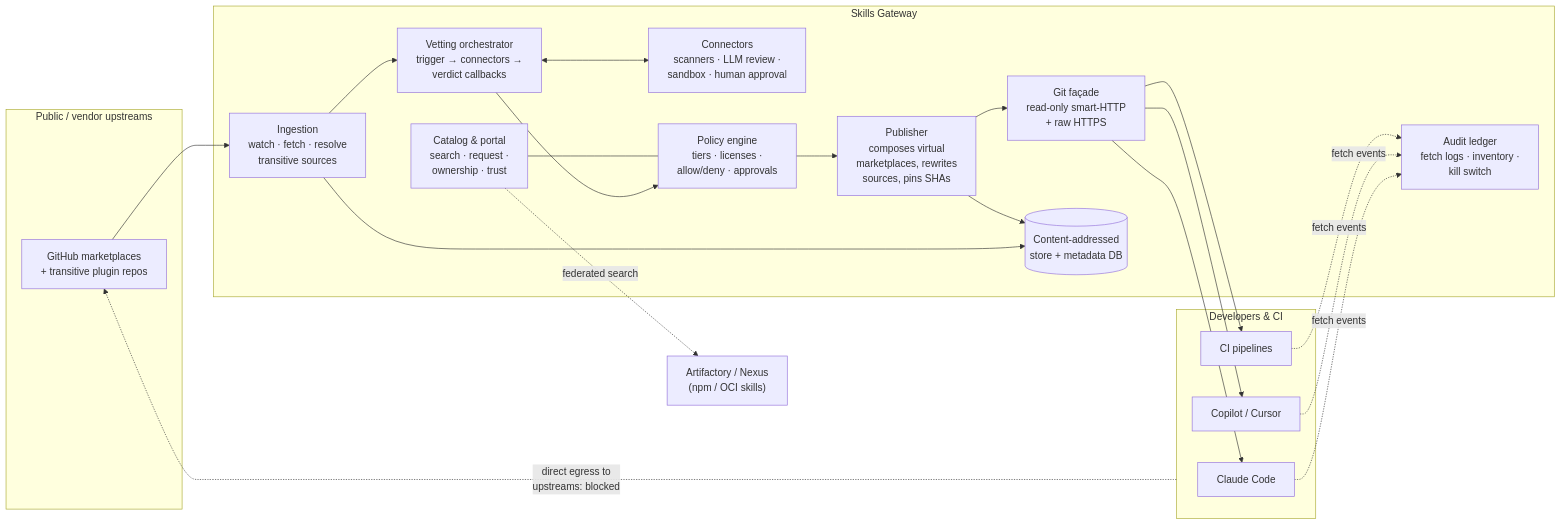
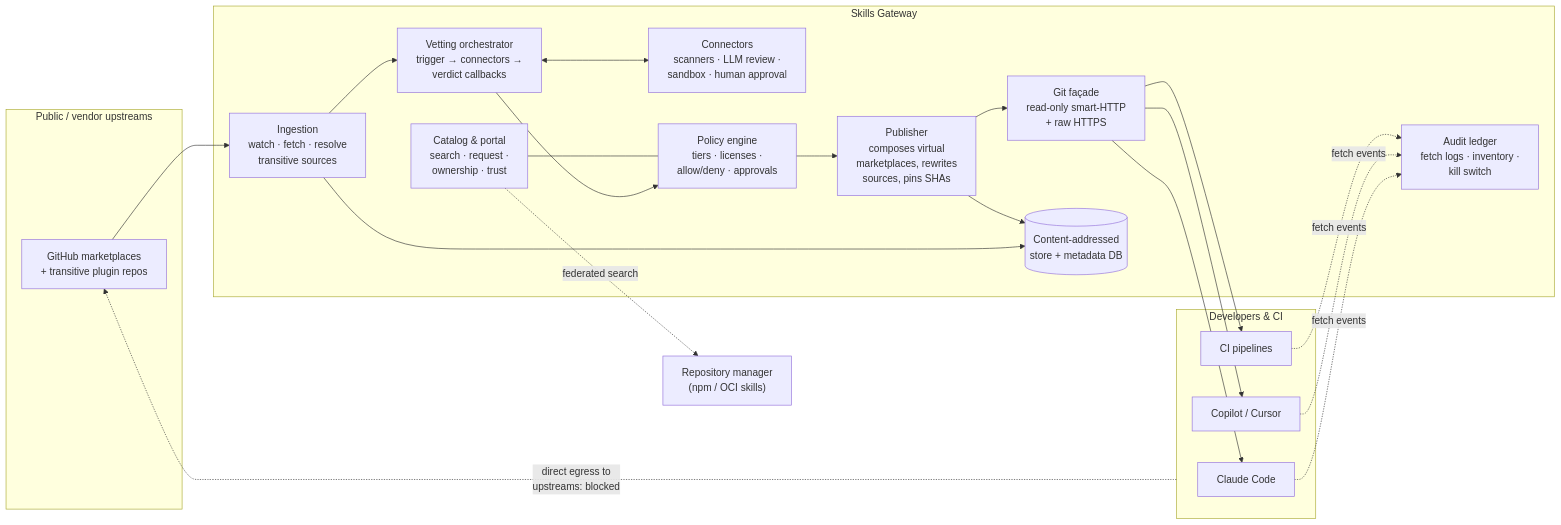
The first of 2 diagrams in docs/manual/architecture.md (skillsgateway/skillsgateway), drawn with Mermaid before and after one commit. The commit also changed other lines of this file and 1 other file, not shown here.

First line of the commit message:
docs(architecture): genericise vendor names and add related work (#110)

````diff
--- a/docs/manual/architecture.md
+++ b/docs/manual/architecture.md
@@ -90,36 +122,36 @@
 ```mermaid
 flowchart LR
     subgraph Upstream["Public / vendor upstreams"]
         GH["GitHub marketplaces\n+ transitive plugin repos"]
     end
 
     subgraph GW["Skills Gateway"]
         ING["Ingestion\nwatch · fetch · resolve\ntransitive sources"]
         SCAN["Vetting orchestrator\ntrigger → connectors →\nverdict callbacks"]
         CONN["Connectors\nscanners · LLM review ·\nsandbox · human approval"]
         POL["Policy engine\ntiers · licenses ·\nallow/deny · approvals"]
         PUB["Publisher\ncomposes virtual\nmarketplaces, rewrites\nsources, pins SHAs"]
         FAC["Git façade\nread-only smart-HTTP\n+ raw HTTPS"]
         CAT["Catalog & portal\nsearch · request ·\nownership · trust"]
         LED["Audit ledger\nfetch logs · inventory ·\nkill switch"]
         OBJ[("Content-addressed\nstore + metadata DB")]
     end
 
     subgraph Clients["Developers & CI"]
         CC["Claude Code"]
         CP["Copilot / Cursor"]
         CI["CI pipelines"]
     end
 
-    ART["Artifactory / Nexus\n(npm / OCI skills)"]
+    ART["Repository manager\n(npm / OCI skills)"]
 
     GH --> ING --> SCAN --> POL --> PUB --> FAC
     SCAN <--> CONN
     ING --> OBJ
     PUB --> OBJ
     FAC --> CC & CP & CI
     CC & CP & CI -.->|"fetch events"| LED
     CAT --- POL
     CAT -.->|"federated search"| ART
     Clients -.->|"direct egress to\nupstreams: blocked"| GH
 ```
````
